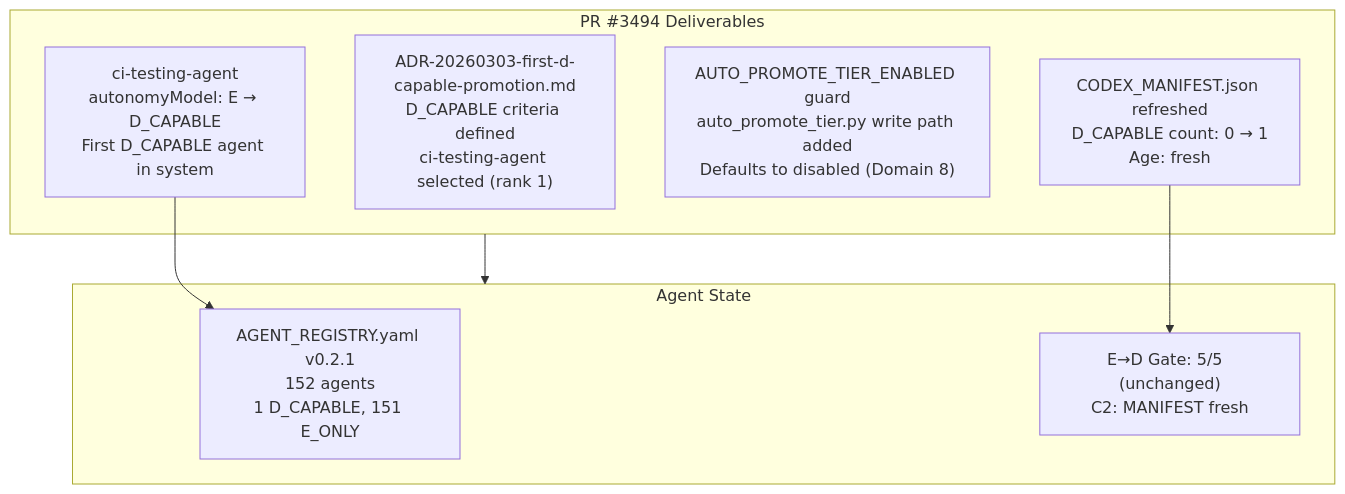
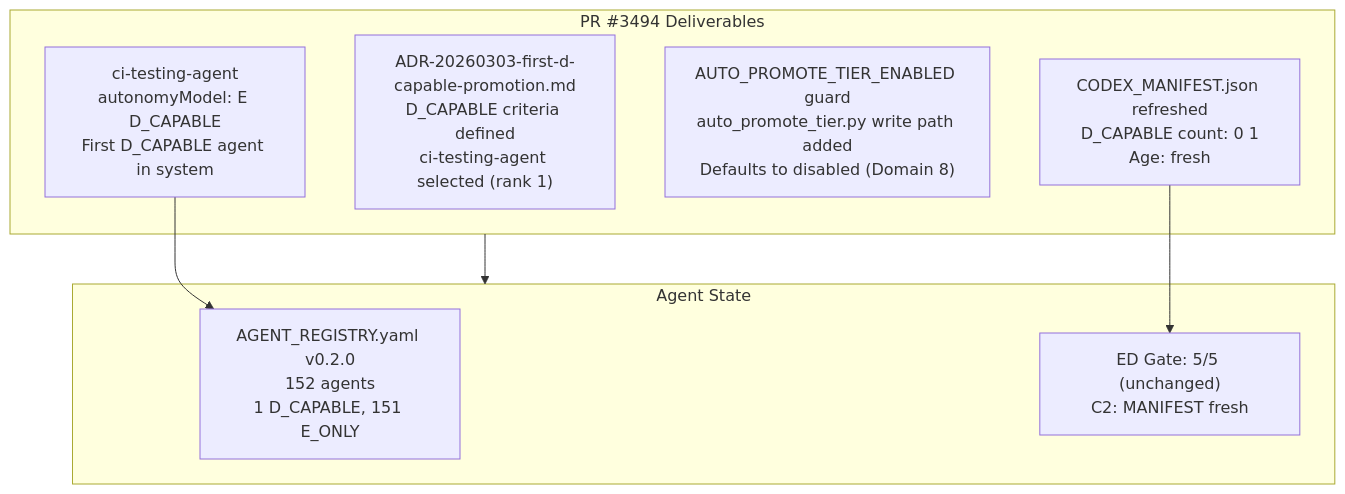
Before and after one commit to Aries-Serpent/_codex_: the diagram in docs/cognitive_brain/status/COGNITIVE_BRAIN_STATUS_PR3494.md, drawn with Mermaid. The commit also changed other lines of this file and 4117 other files, not shown here.

````diff
--- a/docs/cognitive_brain/status/COGNITIVE_BRAIN_STATUS_PR3494.md
+++ b/docs/cognitive_brain/status/COGNITIVE_BRAIN_STATUS_PR3494.md
@@ -33,19 +33,22 @@
 ```mermaid
 %%{init: {'accessibility': {'title': 'Diagram showing "PR #3494 Deliverables", " ADR-20260303-first-d-capable-promotion.md\nD_CAPABLE criteria defined\nci-testing-agent selected (rank 1)"'}}%%
+
 graph TB
-    subgraph PR3494["PR #3494 Deliverables"]
-        ADR[" ADR-20260303-first-d-capable-promotion.md\nD_CAPABLE criteria defined\nci-testing-agent selected (rank 1)"]
-        DCAP[" ci-testing-agent\nautonomyModel: E → D_CAPABLE\nFirst D_CAPABLE agent in system"]
-        GUARD[" AUTO_PROMOTE_TIER_ENABLED guard\nauto_promote_tier.py write path added\nDefaults to disabled (Domain 8)"]
-        MAN[" CODEX_MANIFEST.json refreshed\nD_CAPABLE count: 0 → 1\nAge: fresh"]
-    end
+ subgraph PR3494["PR #3494 Deliverables"]
+ ADR[" ADR-20260303-first-d-capable-promotion.md\nD_CAPABLE criteria defined\nci-testing-agent selected (rank 1)"]
+ DCAP[" ci-testing-agent\nautonomyModel: E D_CAPABLE\nFirst D_CAPABLE agent in system"]
+ GUARD[" AUTO_PROMOTE_TIER_ENABLED guard\nauto_promote_tier.py write path added\nDefaults to disabled (Domain 8)"]
+ MAN[" CODEX_MANIFEST.json refreshed\nD_CAPABLE count: 0 1\nAge: fresh"]
+ end
 
-    subgraph AGENTS["Agent State"]
-        REG["AGENT_REGISTRY.yaml v0.2.1\n152 agents\n1 D_CAPABLE, 151 E_ONLY"]
-        GATES["E→D Gate: 5/5  (unchanged)\nC2: MANIFEST fresh"]
-    end
+ subgraph AGENTS["Agent State"]
+ REG["AGENT_REGISTRY.yaml v0.2.0\n152 agents\n1 D_CAPABLE, 151 E_ONLY"]
+ GATES["ED Gate: 5/5 (unchanged)\nC2: MANIFEST fresh"]
+ end
 
-    PR3494 --> AGENTS
-    DCAP --> REG
-    MAN --> GATES
+ PR3494 --> AGENTS
+
+ DCAP --> REG
+
+ MAN --> GATES
 ```
````
